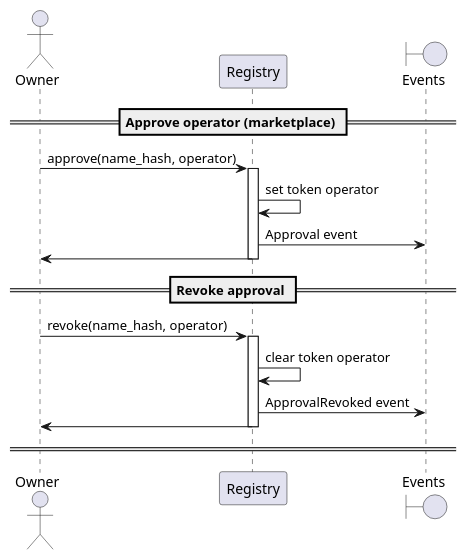
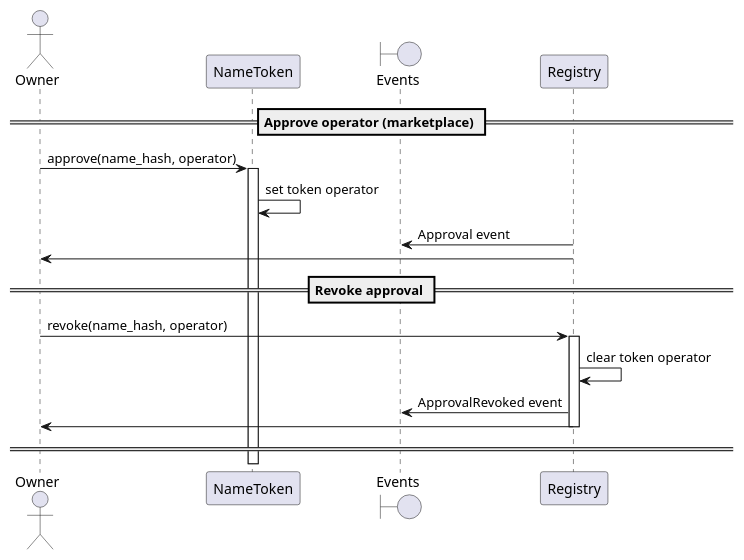
Before and after one commit to make-software/cspr-name-contracts: the diagram in docs/sequence-diagrams/puml/approve-revoke-operator.puml, drawn with PlantUML. The commit also changed 13 other files, not shown here.

Commit message:
Renamed Registry contract with NameToken in the sequence diagrams.

```diff
--- a/docs/sequence-diagrams/puml/approve-revoke-operator.puml
+++ b/docs/sequence-diagrams/puml/approve-revoke-operator.puml
@@ -1,29 +1,29 @@
 @startuml
 'https://plantuml.com/sequence-diagram
 
 'autonumber
 actor Owner
-participant "Registry"
+participant "NameToken"
 boundary "Events"
 
 == Approve operator (marketplace) ==
 
-Owner -> Registry: approve(name_hash, operator)
-activate Registry
-Registry -> Registry: set token operator
+Owner -> NameToken: approve(name_hash, operator)
+activate NameToken
+NameToken -> NameToken: set token operator
 Registry -> "Events": Approval event
 Registry -> Owner
 deactivate Registry
 
 == Revoke approval ==
 
 Owner -> Registry: revoke(name_hash, operator)
 activate Registry
 Registry -> Registry: clear token operator
 Registry -> "Events": ApprovalRevoked event
 Registry -> Owner
 deactivate Registry
 
 == ==
 
 @enduml
```
